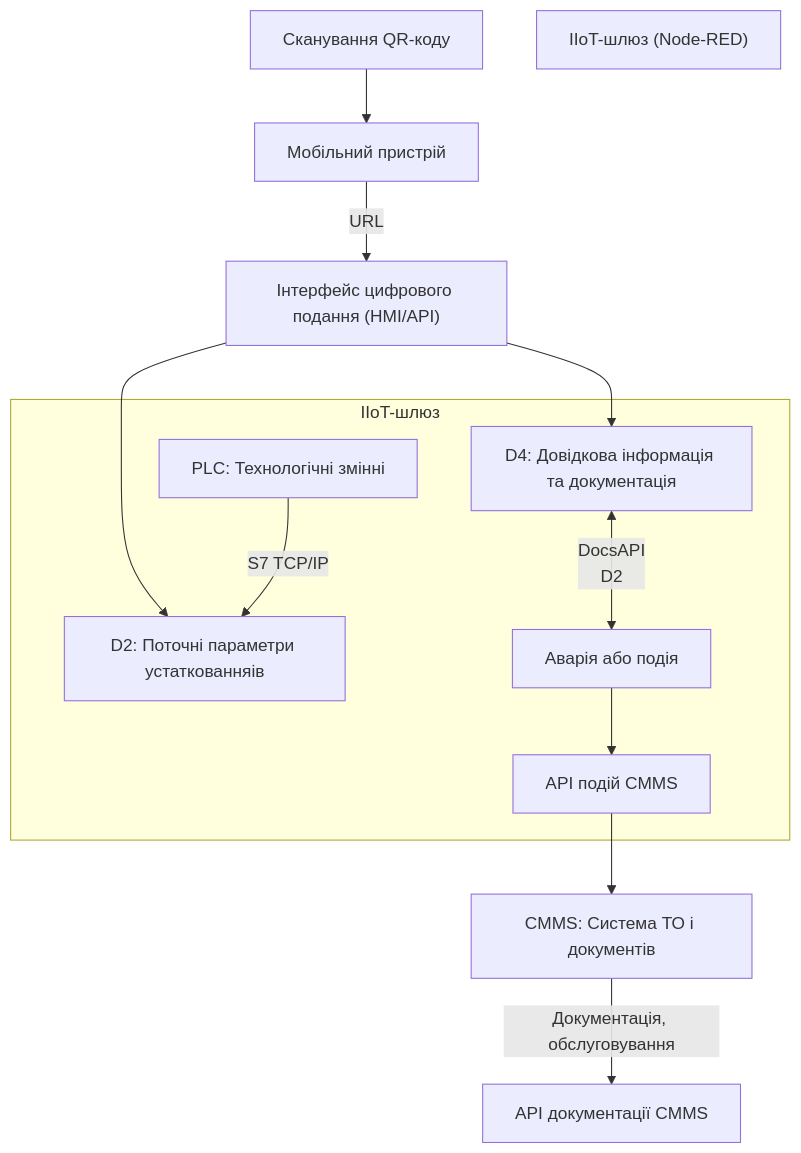
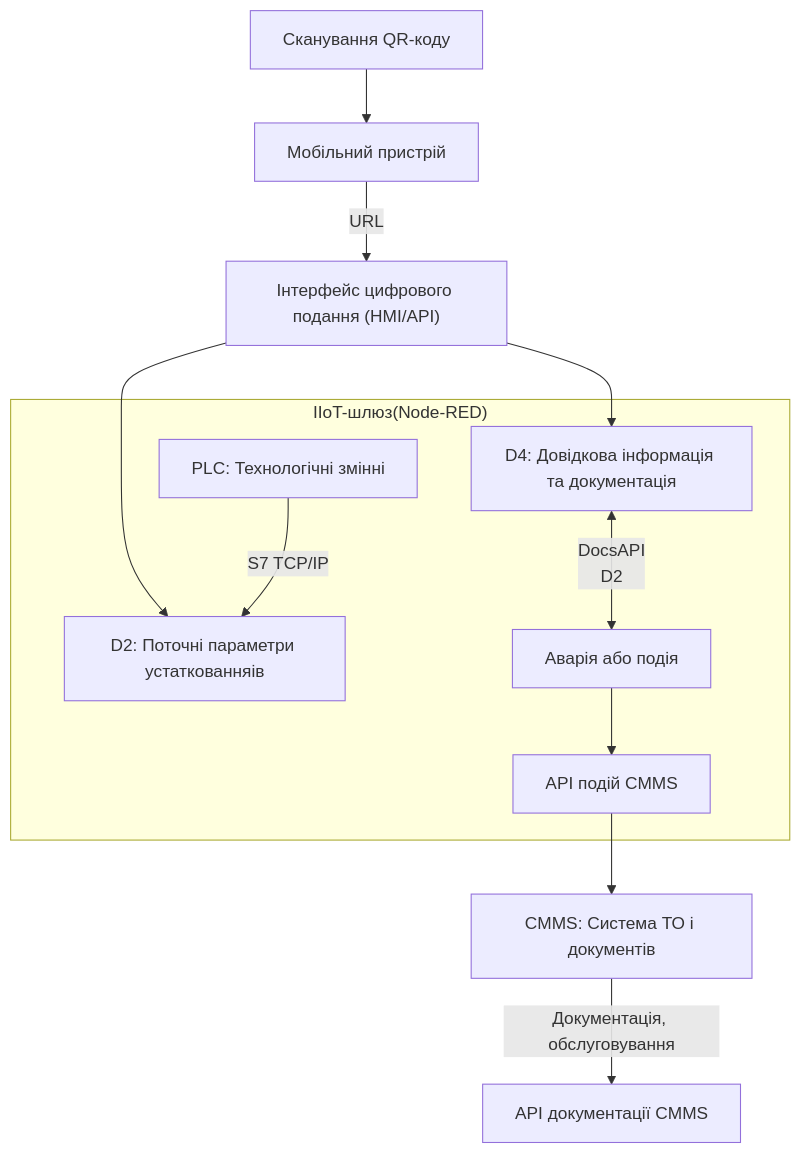
One commit to pupenasan/pkis changed the second of 4 diagrams in kurs2025/6_5.md. Above: the diagram before and after it, drawn with Mermaid. The commit also changed other lines of this file and 88 other files, not shown here.

````diff
--- a/kurs2025/6_5.md
+++ b/kurs2025/6_5.md
@@ -103,30 +103,29 @@
 ```mermaid
 flowchart TD
     QR[Сканування QR-коду]
     Phone[Мобільний пристрій]
     HMI["Інтерфейс цифрового подання (HMI/API)"]
     D2["D2: Поточні параметри устаткованняів"]
     D4["D4: Довідкова інформація та документація"]
     PLC[PLC: Технологічні змінні]
     CMMS["CMMS: Система ТО і документів"]
-    Gateway["IIoT-шлюз (Node-RED)"]
     EventTrigger[Аварія або подія]
     EventAPI["API подій CMMS"]
     DocsAPI["API документації CMMS"]
 
     QR --> Phone
     Phone -->|URL| HMI
     HMI --> D2
     HMI --> D4
 
-    subgraph "IIoT-шлюз"
+    subgraph "IIoT-шлюз(Node-RED)"
         PLC -- S7 TCP/IP --> D2
         D4 <-- DocsAPI
         D2 --> EventTrigger
         EventTrigger --> EventAPI
     end
 
     CMMS -->|Документація, обслуговування| DocsAPI
     EventAPI --> CMMS
 
 ```
````
